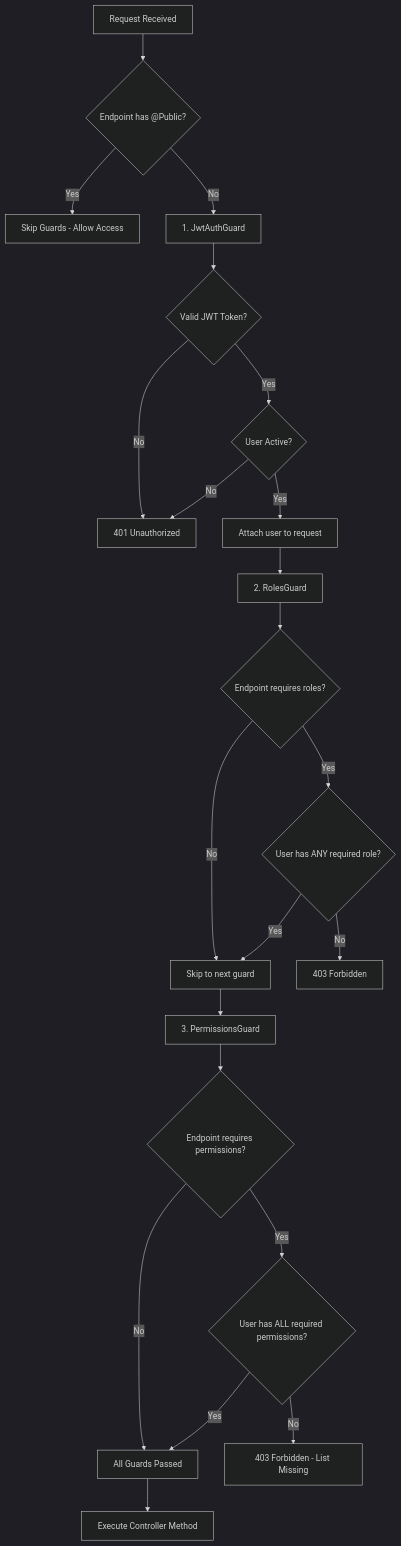
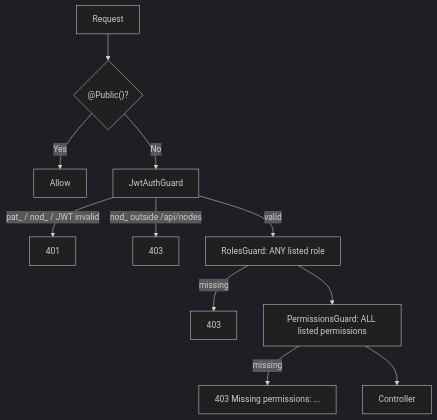
One commit to marinoscar/EnterpriseAppBase changed the fourth of 5 diagrams in docs/SECURITY-ARCHITECTURE.md. Above: the diagram before and after it, drawn with Mermaid (dark theme). The commit also changed other lines of this file and 134 other files, not shown here.

````diff
--- a/docs/SECURITY-ARCHITECTURE.md
+++ b/docs/SECURITY-ARCHITECTURE.md
@@ -335,28 +348,13 @@
 ```mermaid
 flowchart TD
-    A[Request Received] --> B{Endpoint has @Public?}
-    B -->|Yes| Z[Skip Guards - Allow Access]
-    B -->|No| C[1. JwtAuthGuard]
-
-    C --> D{Valid JWT Token?}
-    D -->|No| E[401 Unauthorized]
-    D -->|Yes| F{User Active?}
-    F -->|No| E
-    F -->|Yes| G[Attach user to request]
-
-    G --> H[2. RolesGuard]
-    H --> I{Endpoint requires roles?}
-    I -->|No| M[Skip to next guard]
-    I -->|Yes| J{User has ANY required role?}
-    J -->|No| K[403 Forbidden]
-    J -->|Yes| M
-
-    M --> N[3. PermissionsGuard]
-    N --> O{Endpoint requires permissions?}
-    O -->|No| S[All Guards Passed]
-    O -->|Yes| P{User has ALL required permissions?}
-    P -->|No| Q[403 Forbidden - List Missing]
-    P -->|Yes| S
-
-    S --> T[Execute Controller Method]
+    A[Request] --> B{"@Public()?"}
+    B -->|Yes| Z[Allow]
+    B -->|No| C[JwtAuthGuard]
+    C -->|pat_ / nod_ / JWT invalid| E[401]
+    C -->|nod_ outside /api/nodes| F[403]
+    C -->|valid| G[RolesGuard: ANY listed role]
+    G -->|missing| K[403]
+    G --> N[PermissionsGuard: ALL listed permissions]
+    N -->|missing| Q["403 Missing permissions: ..."]
+    N --> S[Controller]
 ```
````
